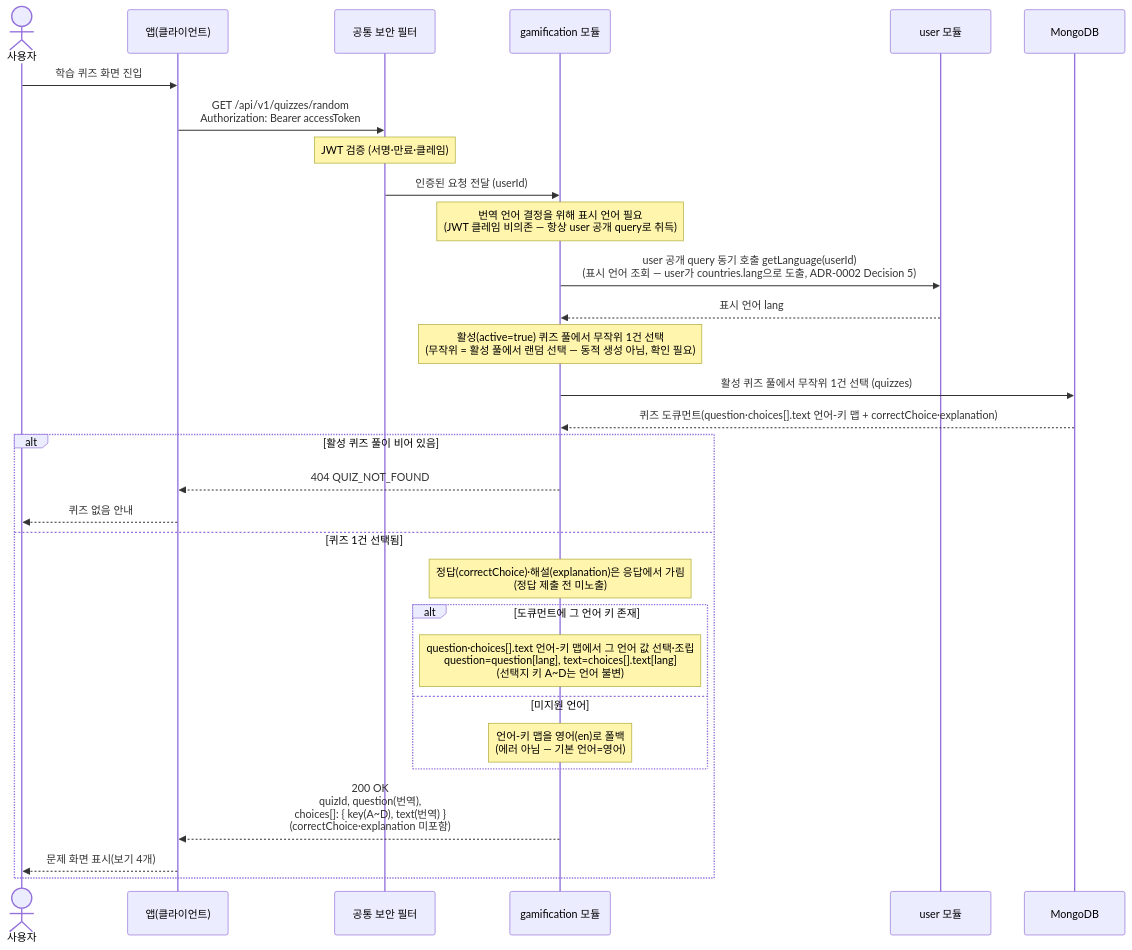
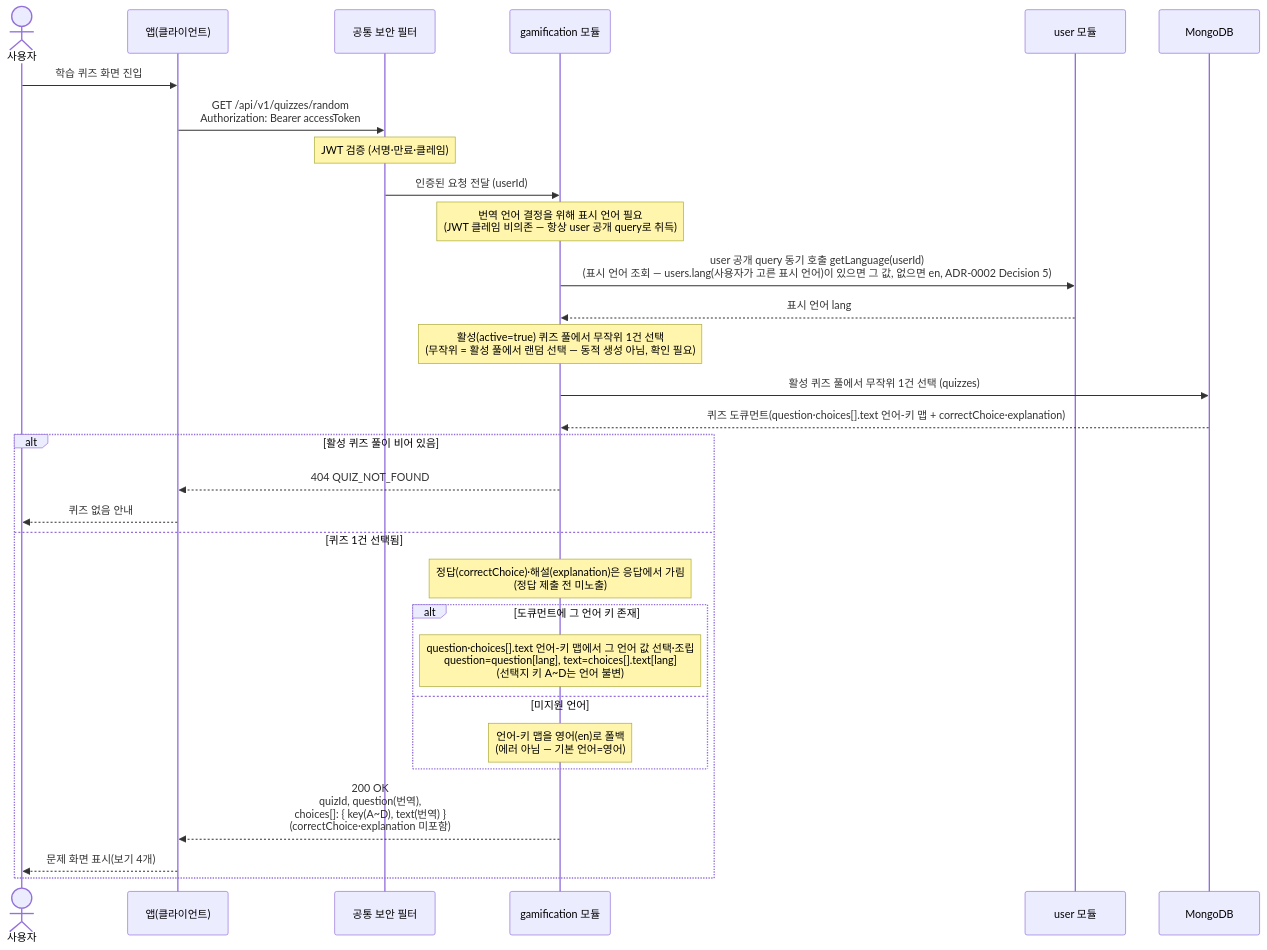
One commit to jameskim9509/Kohere-backend changed the diagram in docs/architecture/sequence-diagrams/06-gamification/us-6-1-random-quiz.md. Above: the diagram before and after it, drawn with Mermaid. The commit also changed other lines of this file and 27 other files, not shown here.

First line of the commit message:
docs(user): 표시 언어를 사용자 선택(users.lang) 기준으로 개정

````diff
--- a/docs/architecture/sequence-diagrams/06-gamification/us-6-1-random-quiz.md
+++ b/docs/architecture/sequence-diagrams/06-gamification/us-6-1-random-quiz.md
@@ -5,34 +5,34 @@
 ```mermaid
 sequenceDiagram
     actor U as 사용자
     participant C as 앱(클라이언트)
     participant SEC as 공통 보안 필터
     participant GAME as gamification 모듈
     participant USER as user 모듈
     participant DB as MongoDB
 
     U->>C: 학습 퀴즈 화면 진입
     C->>SEC: GET /api/v1/quizzes/random<br/>Authorization: Bearer accessToken
     Note over SEC: JWT 검증 (서명·만료·클레임)
     SEC->>GAME: 인증된 요청 전달 (userId)
     Note over GAME: 번역 언어 결정을 위해 표시 언어 필요<br/>(JWT 클레임 비의존 — 항상 user 공개 query로 취득)
-    GAME->>USER: user 공개 query 동기 호출 getLanguage(userId)<br/>(표시 언어 조회 — user가 countries.lang으로 도출, ADR-0002 Decision 5)
+    GAME->>USER: user 공개 query 동기 호출 getLanguage(userId)<br/>(표시 언어 조회 — users.lang(사용자가 고른 표시 언어)이 있으면 그 값, 없으면 en, ADR-0002 Decision 5)
     USER-->>GAME: 표시 언어 lang
     Note over GAME: 활성(active=true) 퀴즈 풀에서 무작위 1건 선택<br/>(무작위 = 활성 풀에서 랜덤 선택 — 동적 생성 아님, 확인 필요)
     GAME->>DB: 활성 퀴즈 풀에서 무작위 1건 선택 (quizzes)
     DB-->>GAME: 퀴즈 도큐먼트(question·choices[].text 언어-키 맵 + correctChoice·explanation)
 
     alt 활성 퀴즈 풀이 비어 있음
         GAME-->>C: 404 QUIZ_NOT_FOUND
         C-->>U: 퀴즈 없음 안내
     else 퀴즈 1건 선택됨
         Note over GAME: 정답(correctChoice)·해설(explanation)은 응답에서 가림<br/>(정답 제출 전 미노출)
         alt 도큐먼트에 그 언어 키 존재
             Note over GAME: question·choices[].text 언어-키 맵에서 그 언어 값 선택·조립<br/>question=question[lang], text=choices[].text[lang]<br/>(선택지 키 A~D는 언어 불변)
         else 미지원 언어
             Note over GAME: 언어-키 맵을 영어(en)로 폴백<br/>(에러 아님 — 기본 언어=영어)
         end
         GAME-->>C: 200 OK<br/>quizId, question(번역),<br/>choices[]: { key(A~D), text(번역) }<br/>(correctChoice·explanation 미포함)
         C-->>U: 문제 화면 표시(보기 4개)
     end
 ```
````
